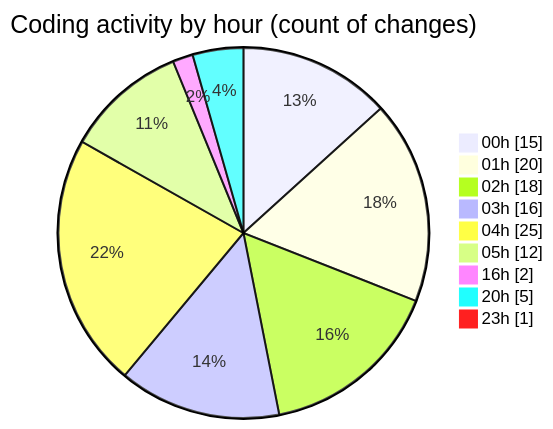
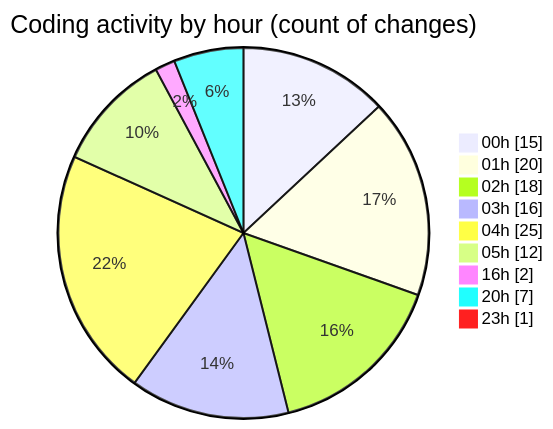
Before and after one commit to lephambinh05/code-tracking: the second of 2 diagrams in 2025-08-04/studybuddy/README.md, drawn with Mermaid. The commit also changed other lines of this file and 1 other file, not shown here.

````diff
--- a/2025-08-04/studybuddy/README.md
+++ b/2025-08-04/studybuddy/README.md
@@ -57,13 +57,13 @@
 ```mermaid
 pie showData
 title Coding activity by hour (count of changes)
 "00h" : 15
 "01h" : 20
 "02h" : 18
 "03h" : 16
 "04h" : 25
 "05h" : 12
 "16h" : 2
-"20h" : 5
+"20h" : 7
 "23h" : 1
 ```
````
